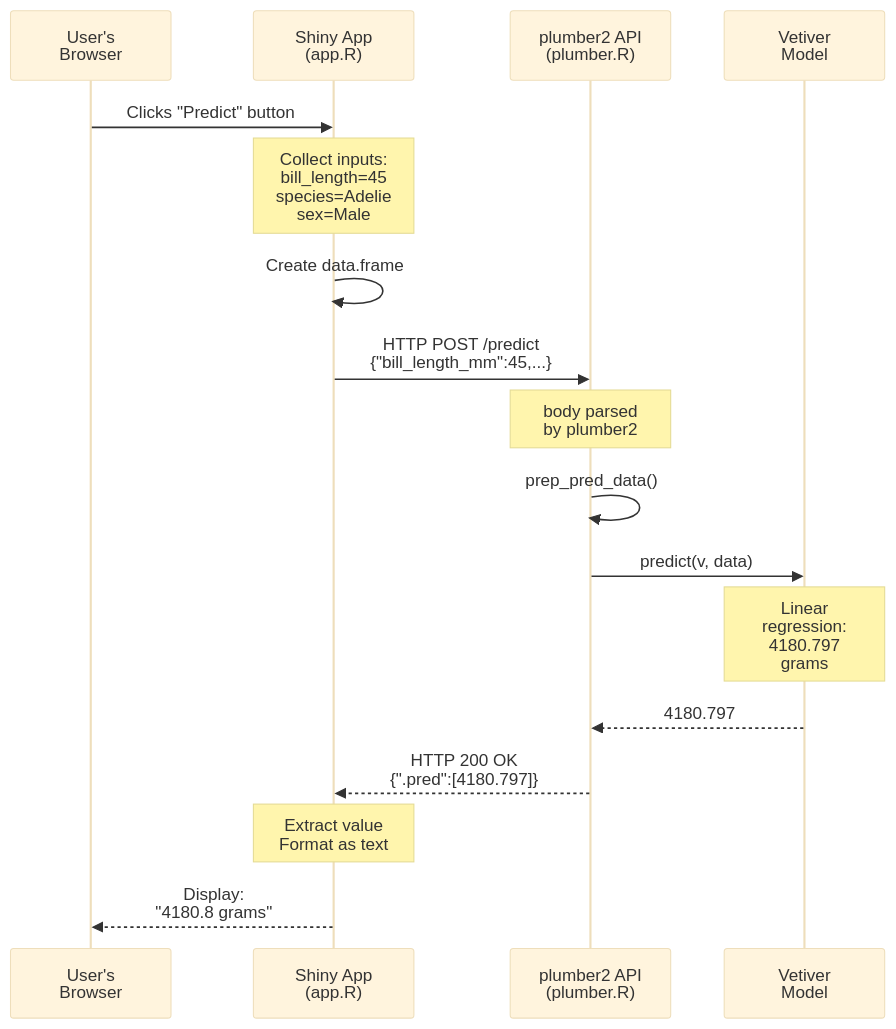
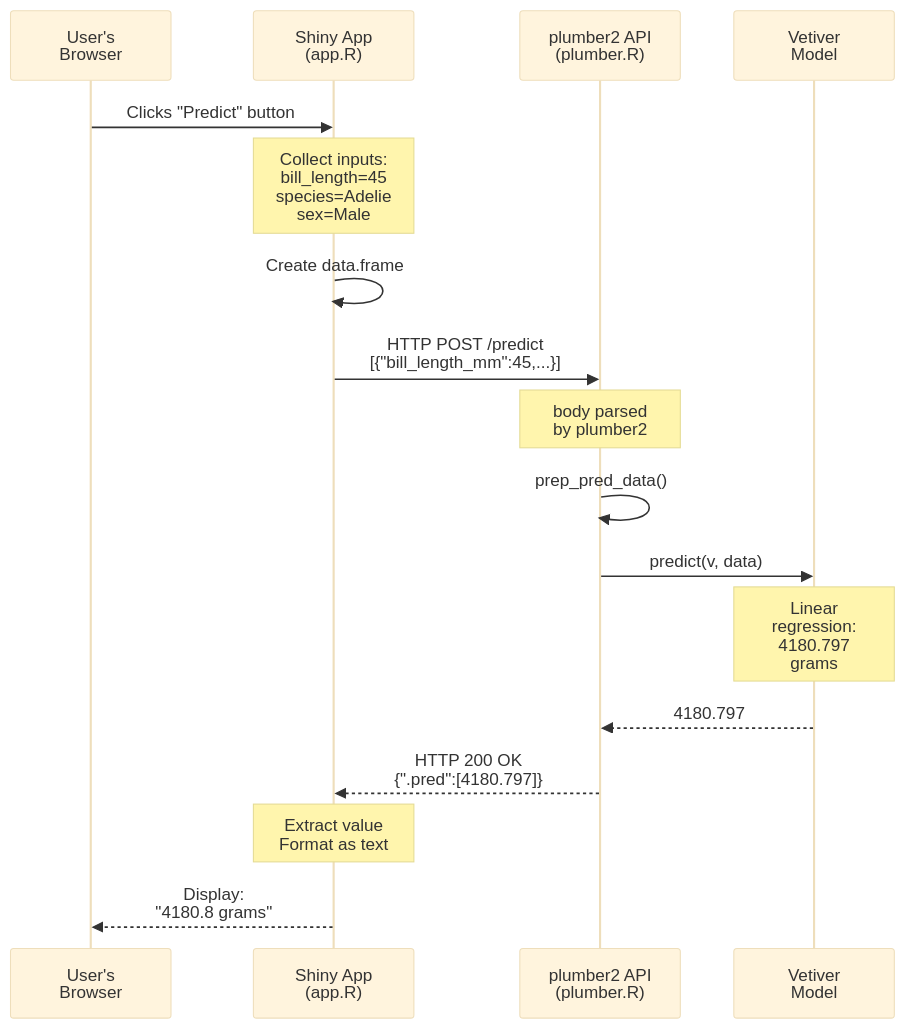
Before and after one commit to mjfrigaard/do4ds-labs: the first of 3 diagrams in app-log-r.qmd, drawn with Mermaid. The commit also changed other lines of this file and 6 other files, not shown here.

Commit message:
Review lab04, app-log-py, app-log-r: fact fixes, real log output, diagram text, README API path

````diff
--- a/app-log-r.qmd
+++ b/app-log-r.qmd
@@ -45,33 +31,33 @@
 ```{mermaid}
 %%| fig-cap: 'Shiny R App and plumber API'
 %%| fig-align: 'center'
 %%{init: {'theme': 'base', 'look': 'classic', 'themeVariables': {'fontFamily': 'monospace'}}}%%
 
 sequenceDiagram
     participant User as User's<br>Browser
     participant Shiny as Shiny App<br>(app.R)
     participant API as plumber2 API<br>(plumber.R)
     participant Model as Vetiver<br>Model
     
     User->>Shiny: Clicks "Predict" button
     
     Note over Shiny: Collect inputs:<br>bill_length=45<br>species=Adelie<br>sex=Male
     
     Shiny->>Shiny: Create data.frame
     
-    Shiny->>API: HTTP POST /predict<br>{"bill_length_mm":45,...}
+    Shiny->>API: HTTP POST /predict<br>[{"bill_length_mm":45,...}]
     
     Note over API: body parsed<br>by plumber2
     API->>API: prep_pred_data()
     
     API->>Model: predict(v, data)
     Note over Model: Linear<br>regression:<br>4180.797<br>grams
     Model-->>API: 4180.797
     
     API-->>Shiny: HTTP 200 OK<br>{".pred":[4180.797]}
     
     Note over Shiny: Extract value<br>Format as text
     
     Shiny-->>User: Display:<br>"4180.8 grams"
     
 ```
````
